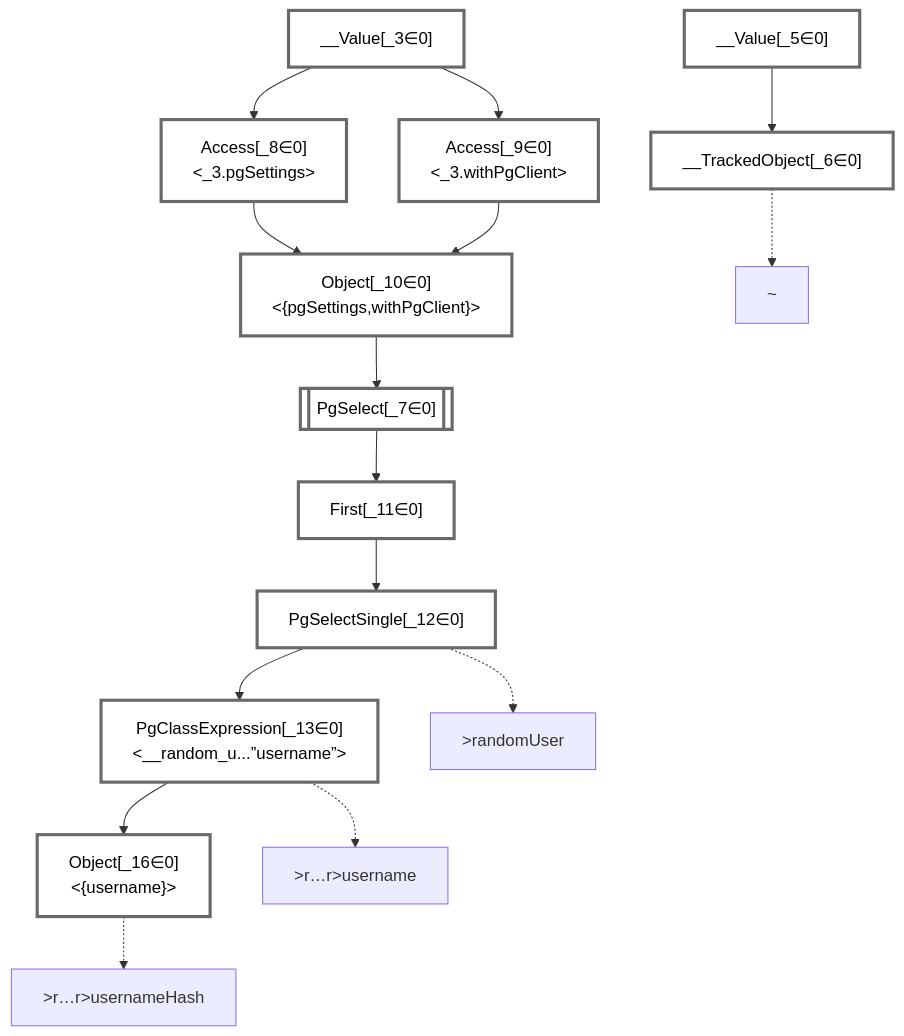
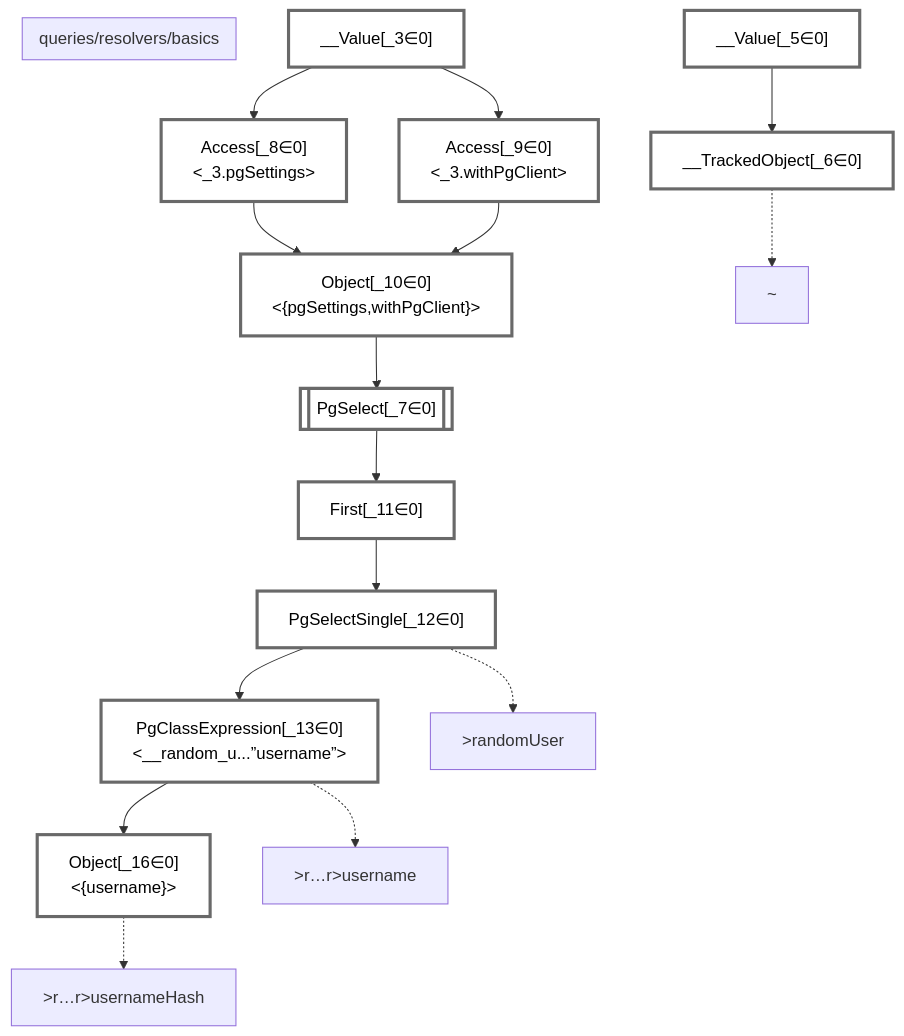
Before and after one commit to graphile/crystal: the diagram in packages/dataplan-pg/__tests__/queries/resolvers/basics.mermaid.md, drawn with Mermaid. The commit also changed 195 other files, not shown here.

````diff
--- a/packages/dataplan-pg/__tests__/queries/resolvers/basics.mermaid.md
+++ b/packages/dataplan-pg/__tests__/queries/resolvers/basics.mermaid.md
@@ -1,48 +1,50 @@
 ```mermaid
 graph TD
+    subgraph "queries/resolvers/basics"
+    end
     classDef path fill:#eee,stroke:#000,color:#000
     classDef plan fill:#fff,stroke-width:3px,color:#000
     classDef itemplan fill:#fff,stroke-width:6px,color:#000
     classDef sideeffectplan fill:#f00,stroke-width:6px,color:#000
     classDef bucket fill:#f6f6f6,color:#000,stroke-width:6px,text-align:left
 
 
     %% define plans
     __Value_3["__Value[_3∈0]<br /><context>"]:::plan
     __Value_5["__Value[_5∈0]<br /><rootValue>"]:::plan
     __TrackedObject_6["__TrackedObject[_6∈0]"]:::plan
     PgSelect_7[["PgSelect[_7∈0]<br /><random_user>"]]:::plan
     Access_8["Access[_8∈0]<br /><_3.pgSettings>"]:::plan
     Access_9["Access[_9∈0]<br /><_3.withPgClient>"]:::plan
     Object_10["Object[_10∈0]<br /><{pgSettings,withPgClient}>"]:::plan
     First_11["First[_11∈0]"]:::plan
     PgSelectSingle_12["PgSelectSingle[_12∈0]<br /><users>"]:::plan
     PgClassExpression_13["PgClassExpression[_13∈0]<br /><__random_u...”username”>"]:::plan
     Object_16["Object[_16∈0]<br /><{username}>"]:::plan
 
     %% plan dependencies
     __Value_5 --> __TrackedObject_6
     Object_10 --> PgSelect_7
     __Value_3 --> Access_8
     __Value_3 --> Access_9
     Access_8 --> Object_10
     Access_9 --> Object_10
     PgSelect_7 --> First_11
     First_11 --> PgSelectSingle_12
     PgSelectSingle_12 --> PgClassExpression_13
     PgClassExpression_13 --> Object_16
 
     %% plan-to-path relationships
     P_6["~"]
     __TrackedObject_6 -.-> P_6
     P_12[">randomUser"]
     PgSelectSingle_12 -.-> P_12
     P_13[">r…r>username"]
     PgClassExpression_13 -.-> P_13
     P_16[">r…r>usernameHash"]
     Object_16 -.-> P_16
 
     %% allocate buckets
     classDef bucket0 stroke:#696969
     class __Value_3,__Value_5,__TrackedObject_6,PgSelect_7,Access_8,Access_9,Object_10,First_11,PgSelectSingle_12,PgClassExpression_13,Object_16 bucket0
 ```
````
